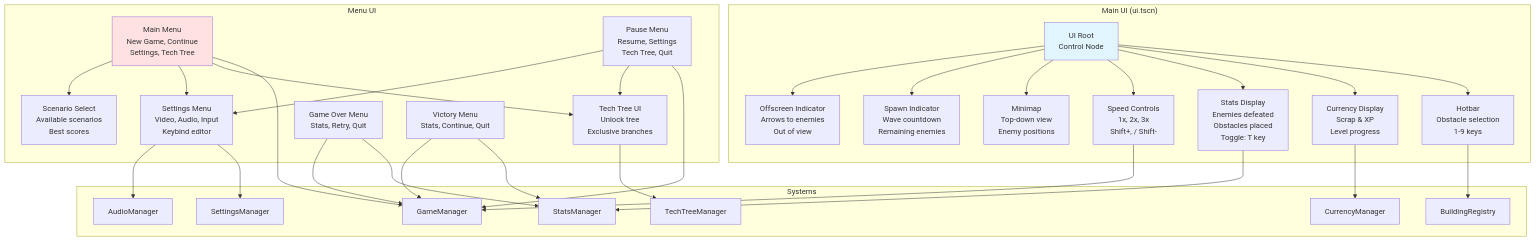
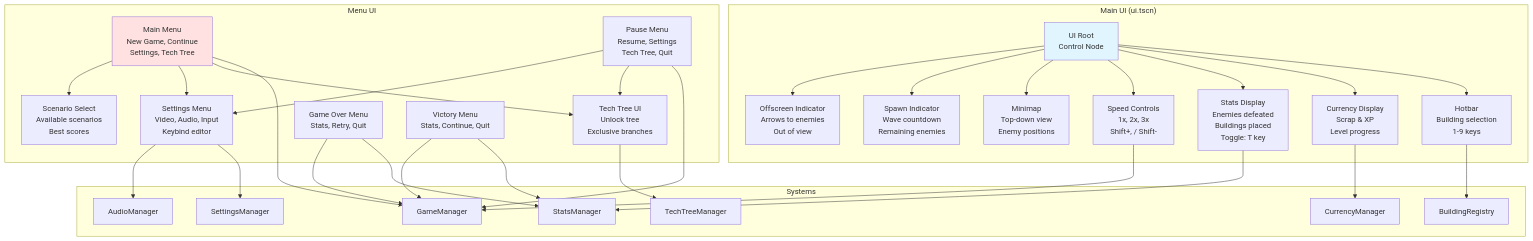
Before and after one commit to saebyn/godot-tower-defense: the sixth of 8 diagrams in docs/ARCHITECTURE.md, drawn with Mermaid. The commit also changed other lines of this file and 78 other files, not shown here.

````diff
--- a/docs/ARCHITECTURE.md
+++ b/docs/ARCHITECTURE.md
@@ -410,81 +410,81 @@
 ```mermaid
 graph TB
     subgraph "Main UI (ui.tscn)"
         MainUI[UI Root<br/>Control Node]
         
-        Hotbar[Hotbar<br/>Obstacle selection<br/>1-9 keys]
+        Hotbar[Hotbar<br/>Building selection<br/>1-9 keys]
         
         CurrencyDisplay[Currency Display<br/>Scrap & XP<br/>Level progress]
         
-        StatsDisplay[Stats Display<br/>Enemies defeated<br/>Obstacles placed<br/>Toggle: T key]
+        StatsDisplay[Stats Display<br/>Enemies defeated<br/>Buildings placed<br/>Toggle: T key]
         
         SpeedControls[Speed Controls<br/>1x, 2x, 3x<br/>Shift+, / Shift-]
         
         Minimap[Minimap<br/>Top-down view<br/>Enemy positions]
         
         SpawnIndicator[Spawn Indicator<br/>Wave countdown<br/>Remaining enemies]
         
         OffscreenIndicator[Offscreen Indicator<br/>Arrows to enemies<br/>Out of view]
     end
     
     subgraph "Menu UI"
         MainMenu[Main Menu<br/>New Game, Continue<br/>Settings, Tech Tree]
         
         PauseMenu[Pause Menu<br/>Resume, Settings<br/>Tech Tree, Quit]
         
         ScenarioSelect[Scenario Select<br/>Available scenarios<br/>Best scores]
         
         TechTree[Tech Tree UI<br/>Unlock tree<br/>Exclusive branches]
         
         Settings[Settings Menu<br/>Video, Audio, Input<br/>Keybind editor]
         
         GameOver[Game Over Menu<br/>Stats, Retry, Quit]
         
         Victory[Victory Menu<br/>Stats, Continue, Quit]
     end
     
     subgraph "Systems"
         GM[GameManager]
         CM[CurrencyManager]
         SM[StatsManager]
         TTM[TechTreeManager]
         OR[BuildingRegistry]
         AM[AudioManager]
         SetM[SettingsManager]
     end
     
     MainUI --> Hotbar
     MainUI --> CurrencyDisplay
     MainUI --> StatsDisplay
     MainUI --> SpeedControls
     MainUI --> Minimap
     MainUI --> SpawnIndicator
     MainUI --> OffscreenIndicator
     
     Hotbar --> OR
     CurrencyDisplay --> CM
     StatsDisplay --> SM
     SpeedControls --> GM
     
     MainMenu --> GM
     MainMenu --> TechTree
     MainMenu --> Settings
     MainMenu --> ScenarioSelect
     
     PauseMenu --> GM
     PauseMenu --> TechTree
     PauseMenu --> Settings
     
     TechTree --> TTM
     Settings --> SetM
     Settings --> AM
     
     GameOver --> SM
     GameOver --> GM
     
     Victory --> SM
     Victory --> GM
     
     style MainUI fill:#e1f5ff
     style MainMenu fill:#ffe1e1
 ```
````
